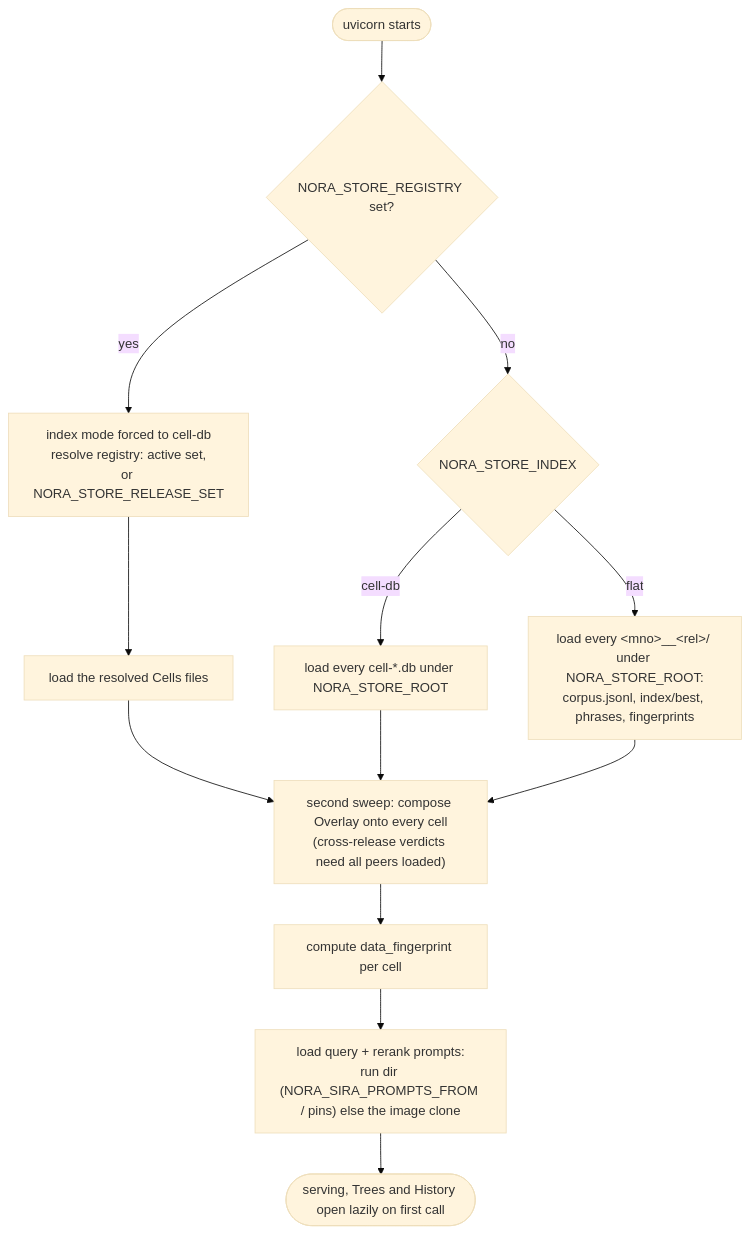
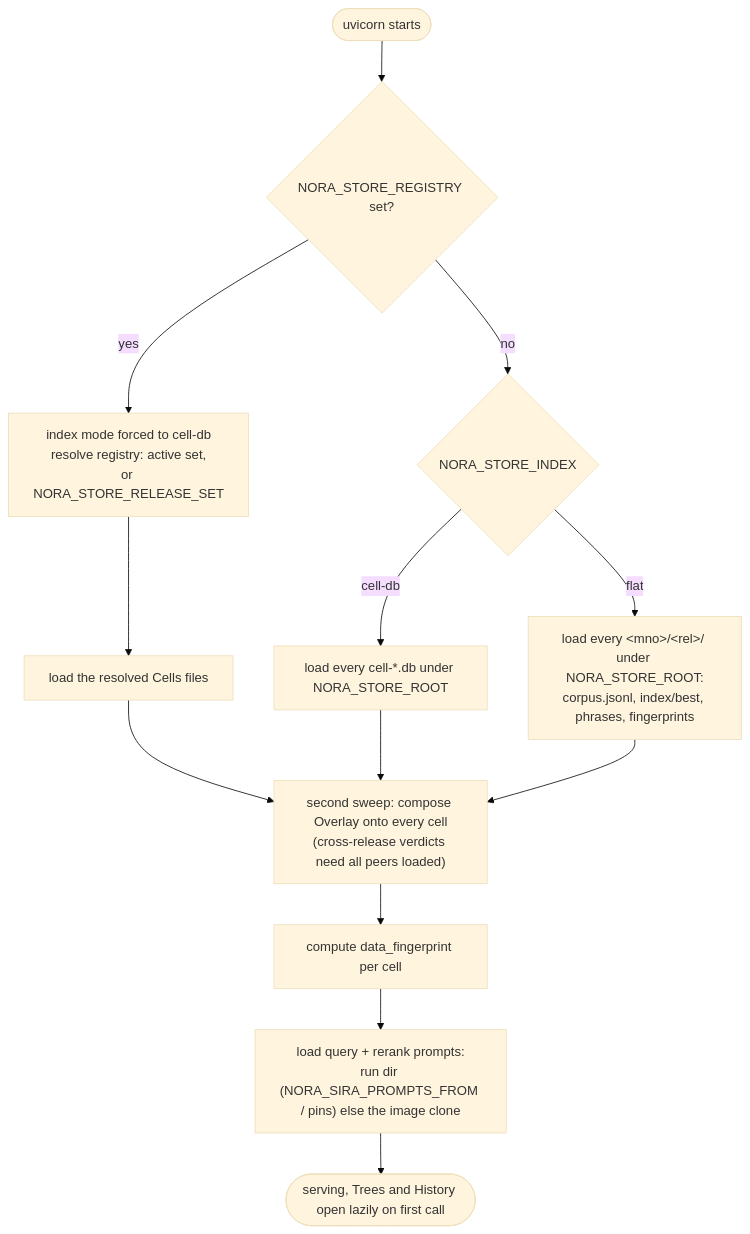
One commit to kurnoolion/nora changed the fourth of 19 diagrams in docs/architecture.md. Above: the diagram before and after it, drawn with Mermaid (base theme). The commit also changed other lines of this file and 60 other files, not shown here.

````diff
--- a/docs/architecture.md
+++ b/docs/architecture.md
@@ -505,15 +505,15 @@
 ```mermaid
 flowchart TB
   start([uvicorn starts]) --> mode{NORA_STORE_REGISTRY set?}
   mode -->|yes| reg["index mode forced to cell-db<br/>resolve registry: active set,<br/>or NORA_STORE_RELEASE_SET"]
   mode -->|no| idx{NORA_STORE_INDEX}
   idx -->|cell-db| cdb["load every cell-*.db under NORA_STORE_ROOT"]
-  idx -->|flat| flat["load every &lt;mno&gt;__&lt;rel&gt;/ under NORA_STORE_ROOT:<br/>corpus.jsonl, index/best, phrases, fingerprints"]
+  idx -->|flat| flat["load every &lt;mno&gt;/&lt;rel&gt;/ under NORA_STORE_ROOT:<br/>corpus.jsonl, index/best, phrases, fingerprints"]
   reg --> cdb2["load the resolved Cells files"]
   cdb --> sweep
   cdb2 --> sweep
   flat --> sweep
   sweep["second sweep: compose Overlay onto every cell<br/>(cross-release verdicts need all peers loaded)"] --> ident["compute data_fingerprint per cell"]
   ident --> prompts["load query + rerank prompts:<br/>run dir (NORA_SIRA_PROMPTS_FROM / pins) else the image clone"]
   prompts --> ready(["serving, Trees and History open lazily on first call"])
 ```
````
